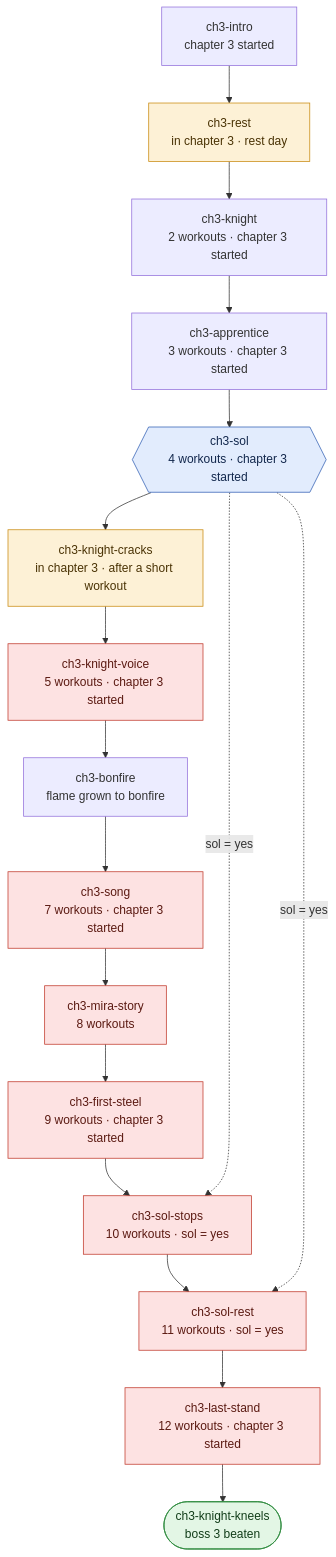
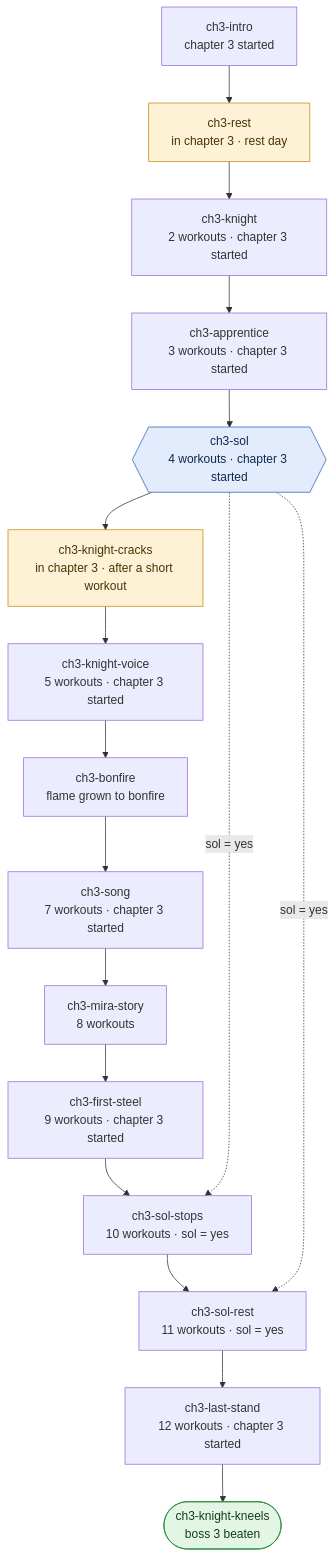
Diagram 14 of 17 in src/story/graph.md (damicoedoardo/calisthenics-quest), drawn with Mermaid before and after one commit. The commit also changed other lines of this file and 14 other files, not shown here.

First line of the commit message:
Story catches up when a boss falls early, and the graph test holds it

````diff
--- a/src/story/graph.md
+++ b/src/story/graph.md
@@ -442,49 +368,42 @@
 ```mermaid
 flowchart TD
   ch3_intro["ch3-intro<br/>chapter 3 started"]
   ch3_rest["ch3-rest<br/>in chapter 3 · rest day"]
   ch3_knight["ch3-knight<br/>2 workouts · chapter 3 started"]
   ch3_apprentice["ch3-apprentice<br/>3 workouts · chapter 3 started"]
   ch3_sol{{"ch3-sol<br/>4 workouts · chapter 3 started"}}
   ch3_knight_cracks["ch3-knight-cracks<br/>in chapter 3 · after a short workout"]
   ch3_knight_voice["ch3-knight-voice<br/>5 workouts · chapter 3 started"]
   ch3_bonfire["ch3-bonfire<br/>flame grown to bonfire"]
   ch3_song["ch3-song<br/>7 workouts · chapter 3 started"]
   ch3_mira_story["ch3-mira-story<br/>8 workouts"]
   ch3_first_steel["ch3-first-steel<br/>9 workouts · chapter 3 started"]
   ch3_sol_stops["ch3-sol-stops<br/>10 workouts · sol = yes"]
   ch3_sol_rest["ch3-sol-rest<br/>11 workouts · sol = yes"]
   ch3_last_stand["ch3-last-stand<br/>12 workouts · chapter 3 started"]
   ch3_knight_kneels(["ch3-knight-kneels<br/>boss 3 beaten"])
   ch3_intro --> ch3_rest
   ch3_rest --> ch3_knight
   ch3_knight --> ch3_apprentice
   ch3_apprentice --> ch3_sol
   ch3_sol --> ch3_knight_cracks
   ch3_knight_cracks --> ch3_knight_voice
   ch3_knight_voice --> ch3_bonfire
   ch3_bonfire --> ch3_song
   ch3_song --> ch3_mira_story
   ch3_mira_story --> ch3_first_steel
   ch3_first_steel --> ch3_sol_stops
   ch3_sol_stops --> ch3_sol_rest
   ch3_sol_rest --> ch3_last_stand
   ch3_last_stand --> ch3_knight_kneels
   ch3_sol -.->|"sol = yes"| ch3_sol_stops
   ch3_sol -.->|"sol = yes"| ch3_sol_rest
   classDef lost fill:#fde2e2,stroke:#c0392b,color:#5b1a12
   classDef only fill:#fdf1d6,stroke:#c98a10,color:#4a3305
   classDef ask fill:#e2ecfd,stroke:#2f5fb3,color:#13284d
   classDef done fill:#e3f6e5,stroke:#2e8b3e,color:#123d19
   class ch3_sol ask
-  class ch3_knight_voice lost
   class ch3_knight_cracks only
-  class ch3_song lost
-  class ch3_mira_story lost
-  class ch3_first_steel lost
-  class ch3_sol_stops lost
-  class ch3_sol_rest lost
   class ch3_rest only
-  class ch3_last_stand lost
   class ch3_knight_kneels done
 ```
````
